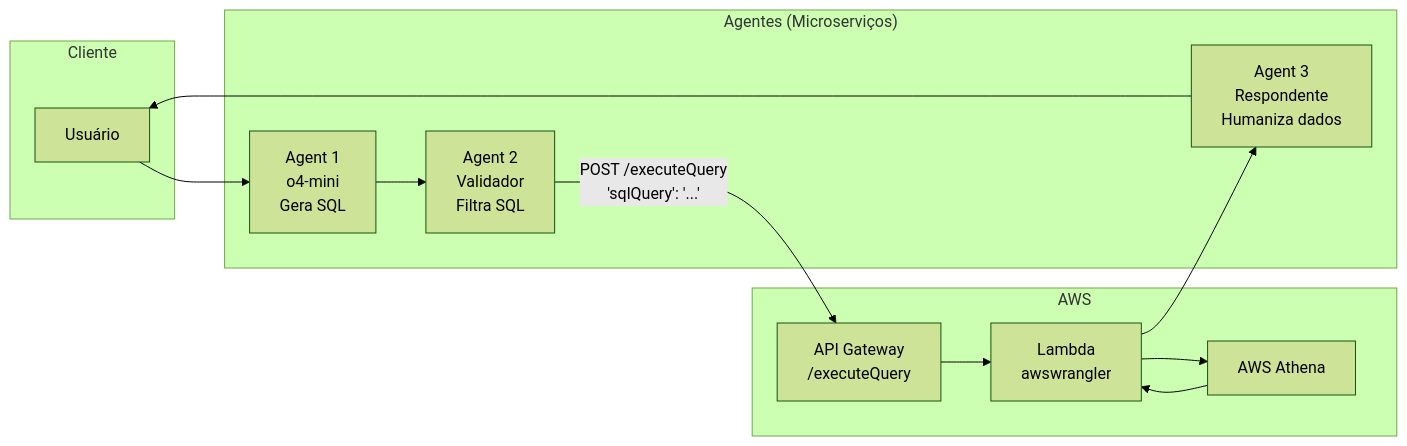
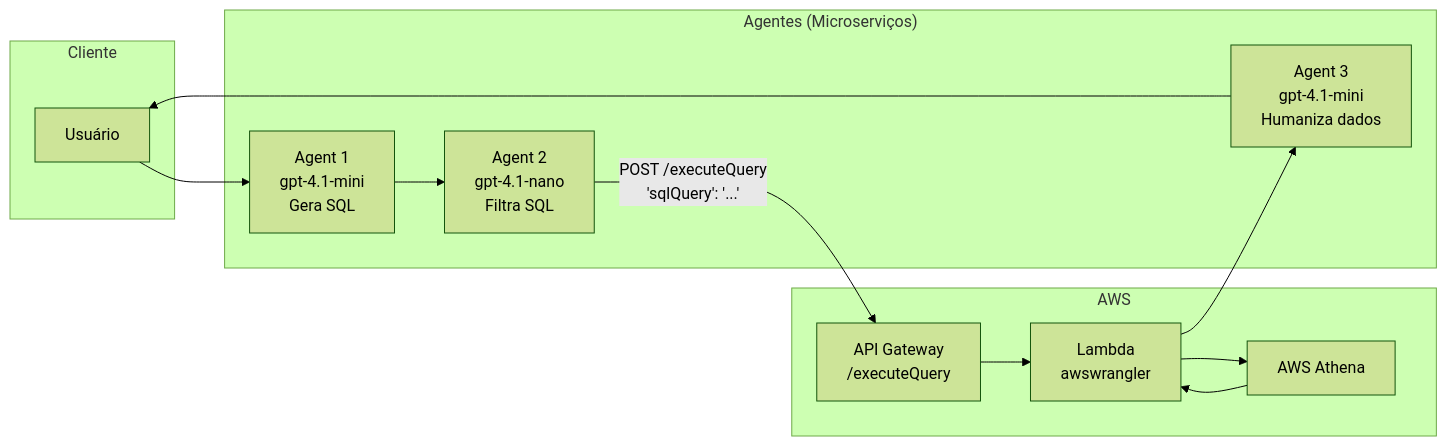
Before and after one commit to caio-andres/sql-executor-agent: the diagram in README.md, drawn with Mermaid (forest theme).

Commit message:
chore(Mermaid): Mermaid flow updated.

````diff
--- a/README.md
+++ b/README.md
@@ -5,29 +5,29 @@
 ```mermaid
 graph LR
     %% Definição de clusters/layers
     subgraph Cliente
       U[Usuário]
     end
 
     subgraph "Agentes (Microserviços)"
-      A1[Agent 1<br/>o4-mini<br/>Gera SQL]
-      A2[Agent 2<br/>Validador<br/>Filtra SQL]
-      A3[Agent 3<br/>Respondente<br/>Humaniza dados]
+      A1[Agent 1<br/>gpt-4.1-mini<br/>Gera SQL]
+      A2[Agent 2<br/>gpt-4.1-nano<br/>Filtra SQL]
+      A3[Agent 3<br/>gpt-4.1-mini<br/>Humaniza dados]
     end
 
     subgraph AWS
       APIGW[API Gateway<br/>/executeQuery]
       LambdaExec[Lambda<br/>awswrangler]
       Athena[AWS Athena]
     end
 
     %% Fluxo de dados
     U --> A1
     A1 --> A2
     A2 -->|POST /executeQuery<br/>'sqlQuery': '...'| APIGW
     APIGW --> LambdaExec
     LambdaExec --> Athena
     Athena --> LambdaExec
     LambdaExec --> A3
     A3 --> U
 ```
````
